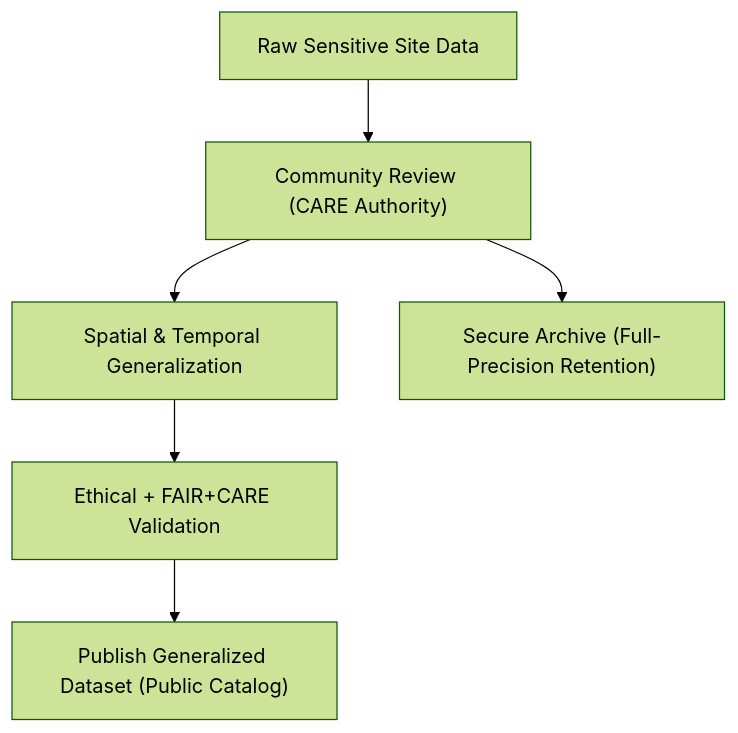
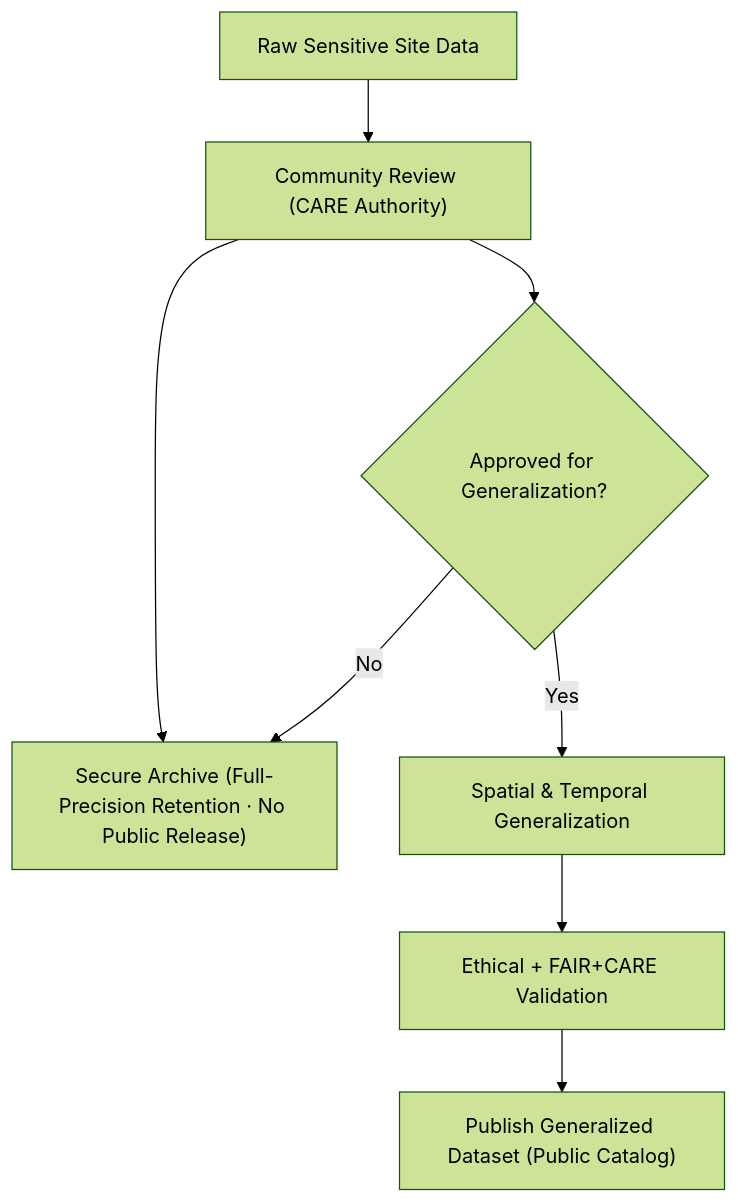
One commit to bartytime4life/Kansas-Frontier-Matrix changed the diagram in docs/standards/data-generalization/README.md. Above: the diagram before and after it, drawn with Mermaid (forest theme). The commit also changed other lines of this file, not shown here.

````diff
--- a/docs/standards/data-generalization/README.md
+++ b/docs/standards/data-generalization/README.md
@@ -120,8 +137,10 @@
 ```mermaid
 flowchart TD
   A["Raw Sensitive Site Data"] --> B["Community Review (CARE Authority)"]
-  B --> C["Spatial & Temporal Generalization"]
-  C --> D["Ethical + FAIR+CARE Validation"]
-  D --> E["Publish Generalized Dataset (Public Catalog)"]
-  B --> F["Secure Archive (Full-Precision Retention)"]
+  B --> C{"Approved for Generalization?"}
+  C -->|No| F["Secure Archive (Full-Precision Retention · No Public Release)"]
+  C -->|Yes| D["Spatial & Temporal Generalization"]
+  D --> E["Ethical + FAIR+CARE Validation"]
+  E --> G["Publish Generalized Dataset (Public Catalog)"]
+  B --> F
 ```
````
